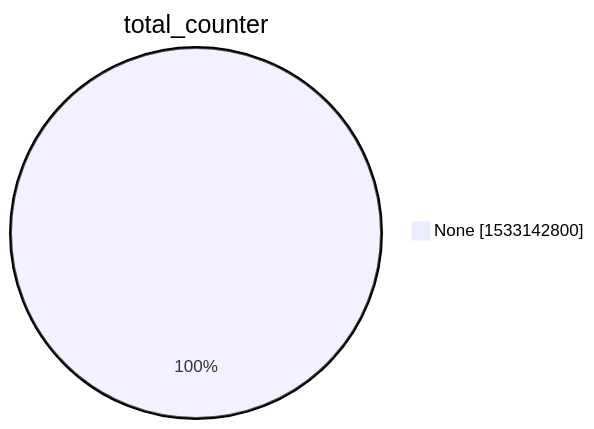
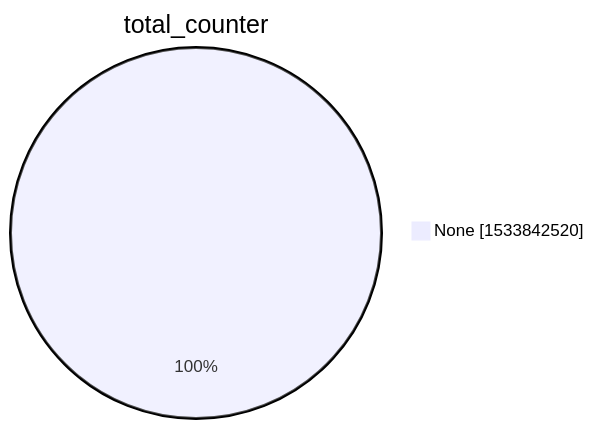
The second of 15 diagrams in xenon2022/README.md (christiankrug/ctmonitor_visualization), drawn with Mermaid before and after one commit. The commit also changed other lines of this file, not shown here.

````diff
--- a/xenon2022/README.md
+++ b/xenon2022/README.md
@@ -9,5 +9,5 @@
 ```mermaid
 pie showData
 title total_counter
-"None" :1533142800
+"None" :1533842520
 ```
````
